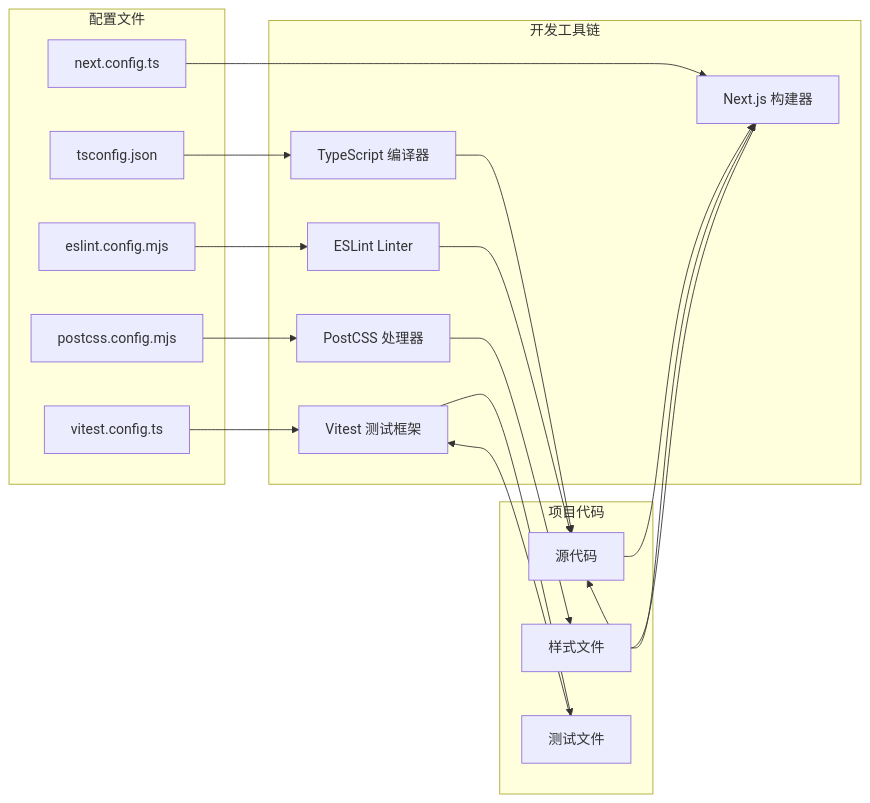
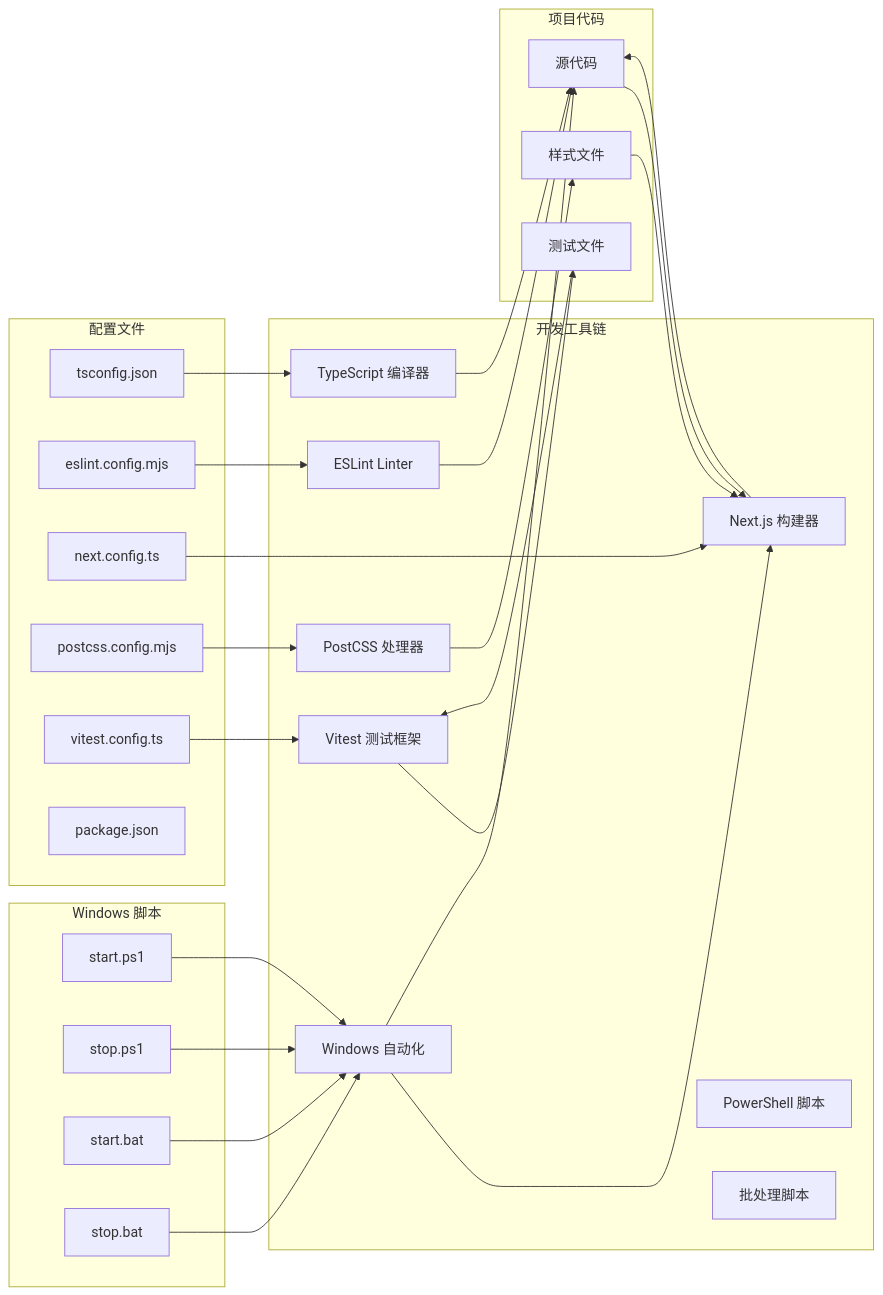
Before and after one commit to billye220670/BananaFlow2: the second of 9 diagrams in .qoder/repowiki/zh/content/开发工具配置.md, drawn with Mermaid. The commit also changed other lines of this file and 29 other files, not shown here.

````diff
--- a/.qoder/repowiki/zh/content/开发工具配置.md
+++ b/.qoder/repowiki/zh/content/开发工具配置.md
@@ -143,35 +170,51 @@
 ```mermaid
 graph LR
 subgraph "开发工具链"
 TS[TypeScript 编译器]
 ESL[ESLint Linter]
 NEXT[Next.js 构建器]
 PCSS[PostCSS 处理器]
 VIT[Vitest 测试框架]
+PS[PowerShell 脚本]
+BAT[批处理脚本]
+END[Windows 自动化]
 end
 subgraph "配置文件"
 TSCONFIG[tsconfig.json]
 ESLINT[eslint.config.mjs]
 NEXTCONF[next.config.ts]
 POSTCSS[postcss.config.mjs]
 VITCONF[vitest.config.ts]
+PKG[package.json]
 end
 subgraph "项目代码"
 SRC[源代码]
 CSS[样式文件]
 TEST[测试文件]
 end
+subgraph "Windows 脚本"
+STARTPS[start.ps1]
+STOPPS[stop.ps1]
+STARTBAT[start.bat]
+STOPBAT[stop.bat]
+end
 TSCONFIG --> TS
 ESLINT --> ESL
 NEXTCONF --> NEXT
 POSTCSS --> PCSS
 VITCONF --> VIT
+STARTPS --> END
+STOPPS --> END
+STARTBAT --> END
+STOPBAT --> END
 TS --> SRC
 ESL --> SRC
 NEXT --> SRC
 PCSS --> CSS
 VIT --> TEST
 SRC --> NEXT
 CSS --> NEXT
 TEST --> VIT
+END --> NEXT
+END --> SRC
 ```
````
